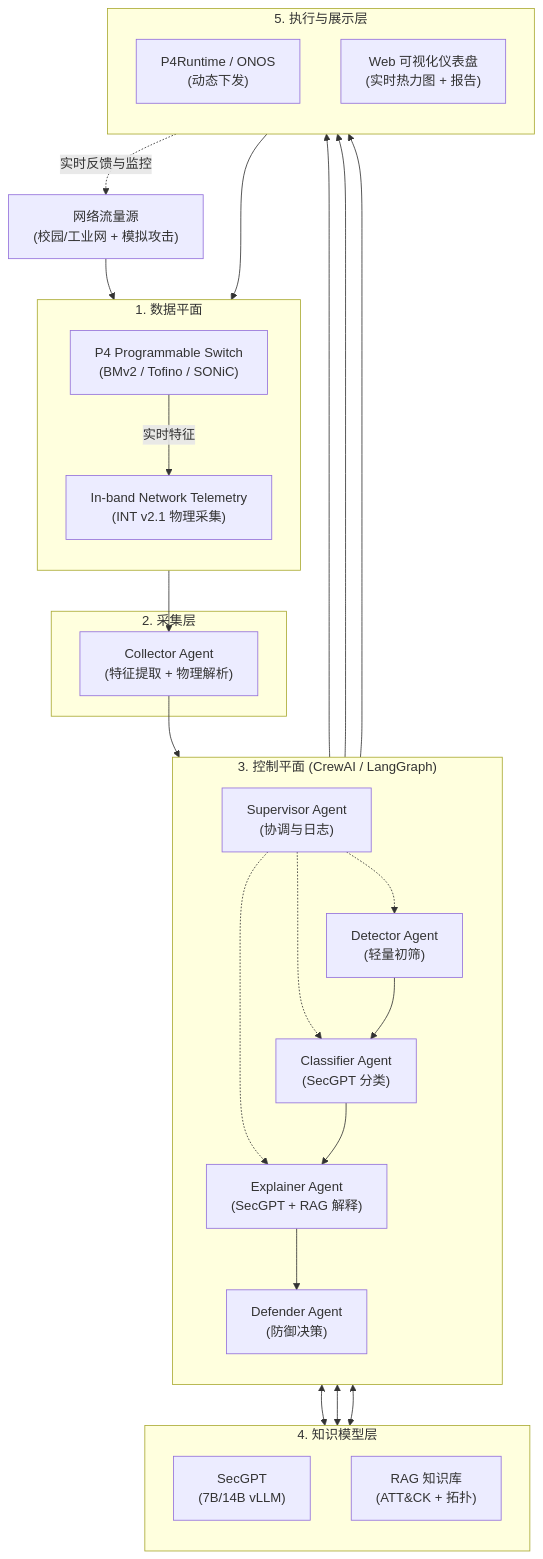
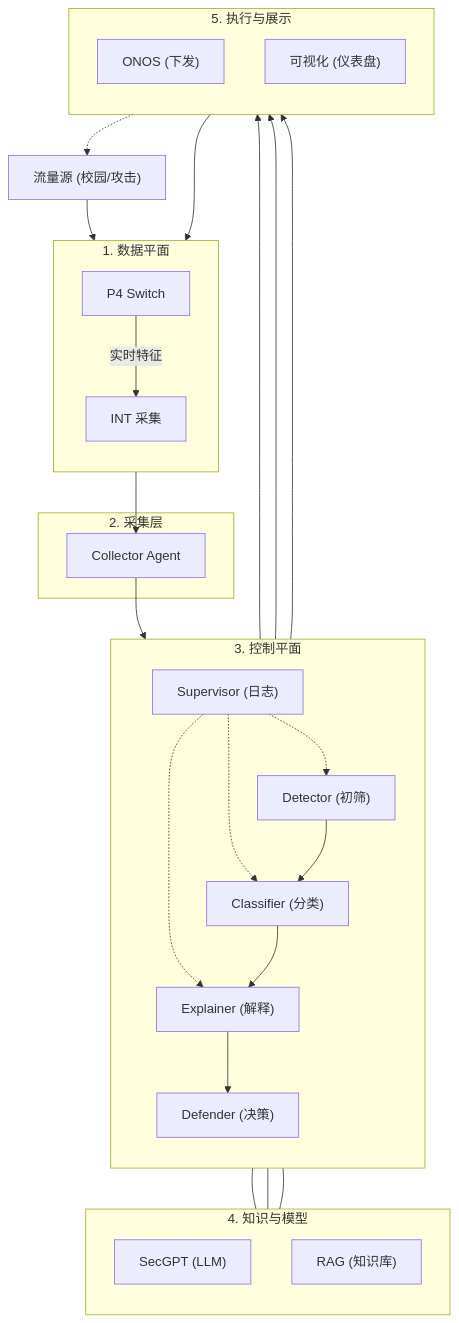
One commit to Johnson1662/johnson-obsidian-notes changed the diagram in content/网络技术挑战赛.md. Above: the diagram before and after it, drawn with Mermaid.

Commit message:
vault backup: 2026-03-29 13:36:28

````diff
--- a/content/网络技术挑战赛.md
+++ b/content/网络技术挑战赛.md
@@ -1,63 +1,67 @@
 ```mermaid
 flowchart TD
     %% 外部流量源
-    Traffic["网络流量源\n(校园/工业网 + 模拟攻击)"]
+    Traffic["流量源 (校园/攻击)"]
 
     %% 1. 数据平面
-    subgraph 数据平面 ["1. 数据平面"]
+    subgraph S1 ["1. 数据平面"]
         direction TB
-        P4Switch["P4 Programmable Switch\n(BMv2 / Tofino / SONiC)"]
-        INT["In-band Network Telemetry\n(INT v2.1 物理采集)"]
+        P4Switch["P4 Switch"]
+        INT["INT 采集"]
         P4Switch -->|实时特征| INT
     end
 
     %% 2. 采集层
-    subgraph 采集层 ["2. 采集层"]
-        Collector["Collector Agent\n(特征提取 + 物理解析)"]
+    subgraph S2 ["2. 采集层"]
+        Collector["Collector Agent"]
     end
 
-    %% 3. 控制平面 - 多Agent系统
-    subgraph 控制平面 ["3. 控制平面 (CrewAI / LangGraph)"]
+    %% 3. 控制平面
+    subgraph S3 ["3. 控制平面"]
         direction TB
-        Supervisor["Supervisor Agent\n(协调与日志)"]
-        Detector["Detector Agent\n(轻量初筛)"]
-        Classifier["Classifier Agent\n(SecGPT 分类)"]
-        Explainer["Explainer Agent\n(SecGPT + RAG 解释)"]
-        Defender["Defender Agent\n(防御决策)"]
+        Supervisor["Supervisor (日志)"]
+        Detector["Detector (初筛)"]
+        Classifier["Classifier (分类)"]
+        Explainer["Explainer (解释)"]
+        Defender["Defender (决策)"]
 
         Supervisor -.-> Detector
         Supervisor -.-> Classifier
         Supervisor -.-> Explainer
 
         Detector --> Classifier
         Classifier --> Explainer
         Explainer --> Defender
     end
 
-    %% 4. 知识模型层
-    subgraph 知识模型层 ["4. 知识模型层"]
+    %% 4. 知识与模型
+    subgraph S4 ["4. 知识与模型"]
         direction TB
-        SecGPT["SecGPT\n(7B/14B vLLM)"]
-        RAG["RAG 知识库\n(ATT&CK + 拓扑)"]
+        SecGPT["SecGPT (LLM)"]
+        RAG["RAG (知识库)"]
     end
 
-    %% 5. 执行与展示层
-    subgraph 执行与展示层 ["5. 执行与展示层"]
+    %% 5. 执行与展示
+    subgraph S5 ["5. 执行与展示"]
         direction TB
-        ONOS["P4Runtime / ONOS\n(动态下发)"]
-        Dashboard["Web 可视化仪表盘\n(实时热力图 + 报告)"]
+        ONOS["ONOS (下发)"]
+        Dashboard["可视化 (仪表盘)"]
     end
 
-    %% 主要数据流向
+    %% 数据流
     Traffic --> P4Switch
     INT --> Collector
     Collector --> Detector
-    Classifier <--> SecGPT
-    Explainer <--> SecGPT
-    Explainer <--> RAG
+
+    %% 知识交互 (使用水平连接避免过宽)
+    Classifier --- SecGPT
+    Explainer --- SecGPT
+    Explainer --- RAG
+
+    %% 执行流
     Defender --> ONOS
     ONOS --> P4Switch
     Explainer --> Dashboard
     Defender --> Dashboard
-    Dashboard -.->|实时反馈与监控| Traffic
+    Dashboard -.-> Traffic
 ```
````
